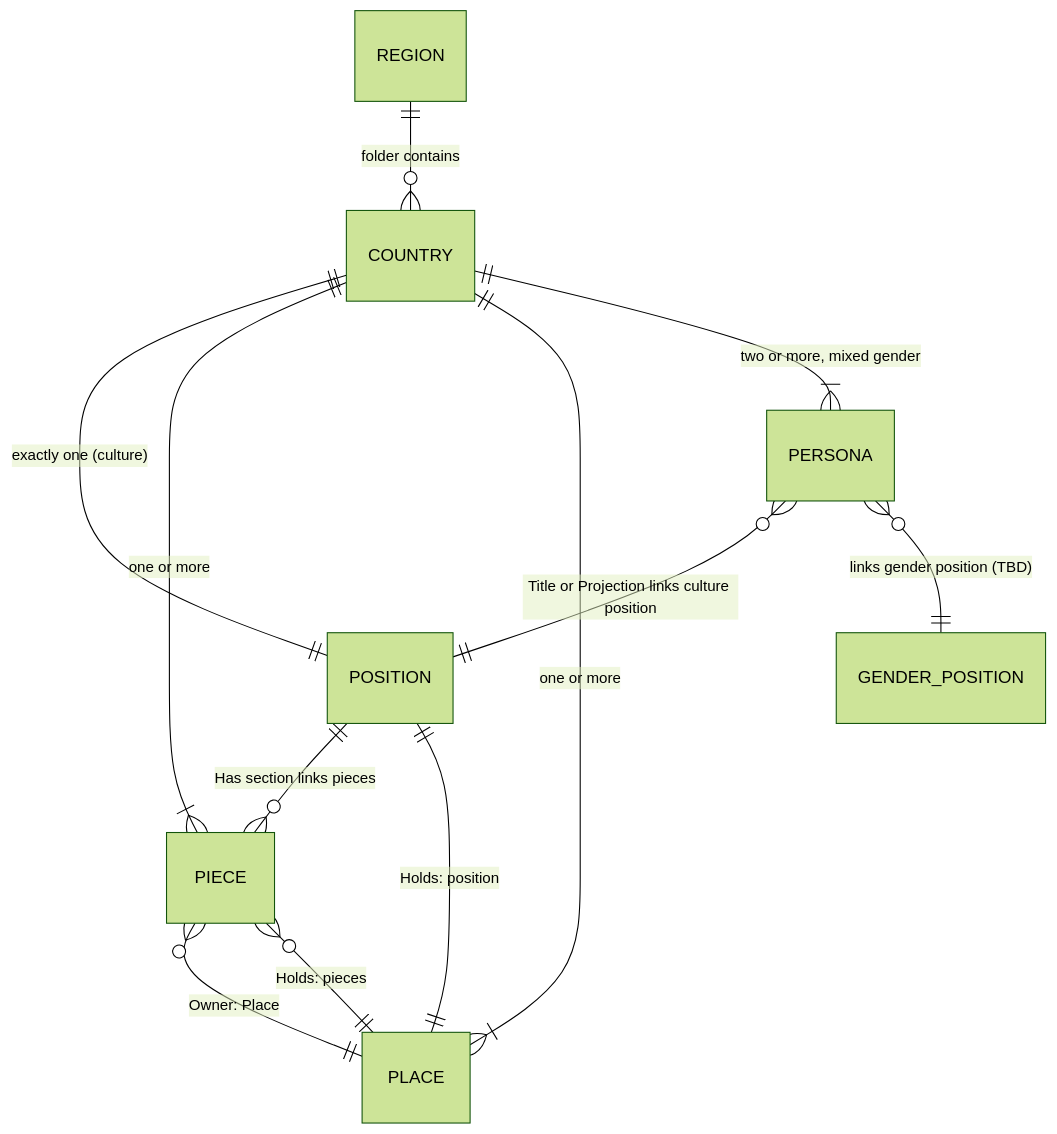
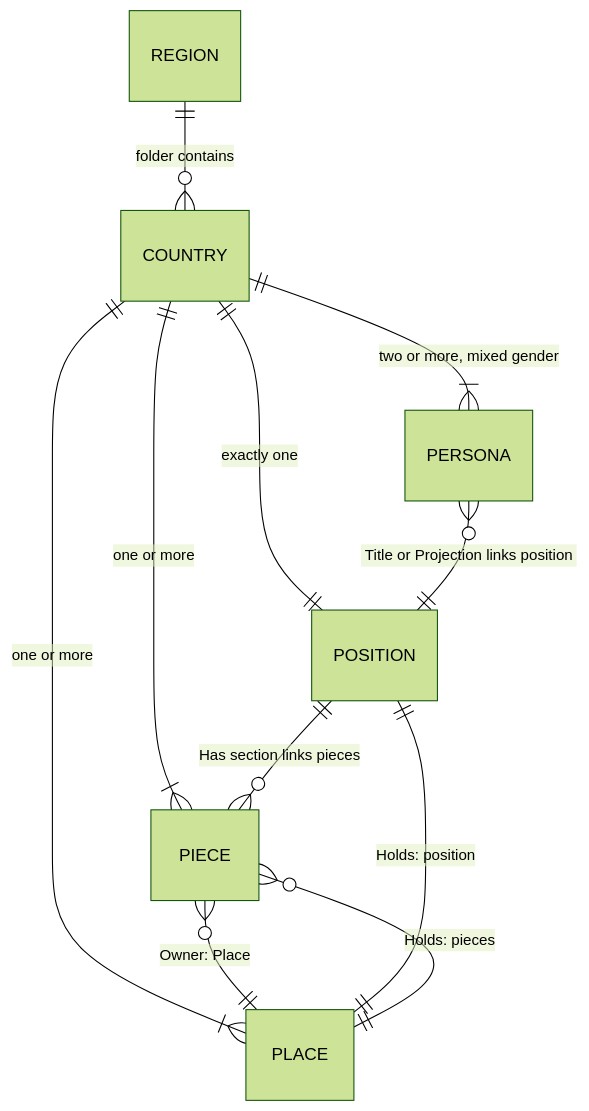
Before and after one commit to ChBrain/Cultures: the diagram in ARCHITECTURE.md, drawn with Mermaid (forest theme). The commit also changed other lines of this file, not shown here.

````diff
--- a/ARCHITECTURE.md
+++ b/ARCHITECTURE.md
@@ -110,14 +108,13 @@
 ```mermaid
 erDiagram
     REGION   ||--o{ COUNTRY  : "folder contains"
-    COUNTRY  ||--|| POSITION : "exactly one (culture)"
+    COUNTRY  ||--|| POSITION : "exactly one"
     COUNTRY  ||--|{ PIECE    : "one or more"
     COUNTRY  ||--|{ PLACE    : "one or more"
     COUNTRY  ||--|{ PERSONA  : "two or more, mixed gender"
     POSITION ||--o{ PIECE    : "Has section links pieces"
     PIECE    }o--|| PLACE    : "Owner: Place"
     PLACE    ||--|| POSITION : "Holds: position"
     PLACE    ||--o{ PIECE    : "Holds: pieces"
-    PERSONA  }o--|| POSITION : "Title or Projection links culture position"
-    PERSONA  }o--|| GENDER_POSITION : "links gender position (TBD)"
+    PERSONA  }o--|| POSITION : "Title or Projection links position"
 ```
````
